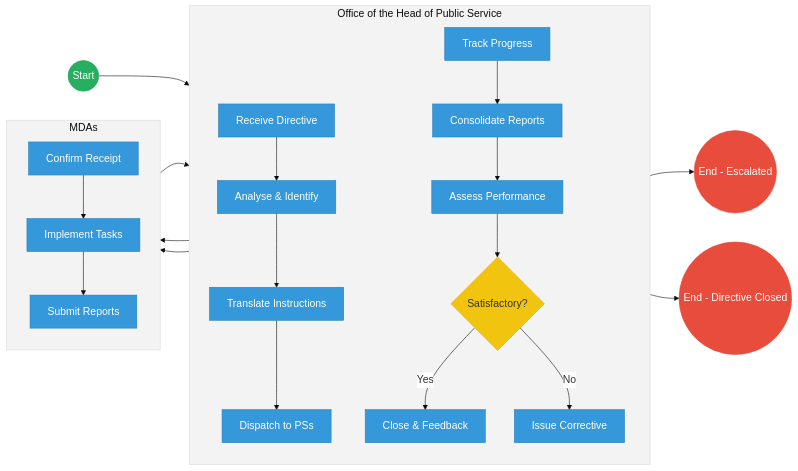
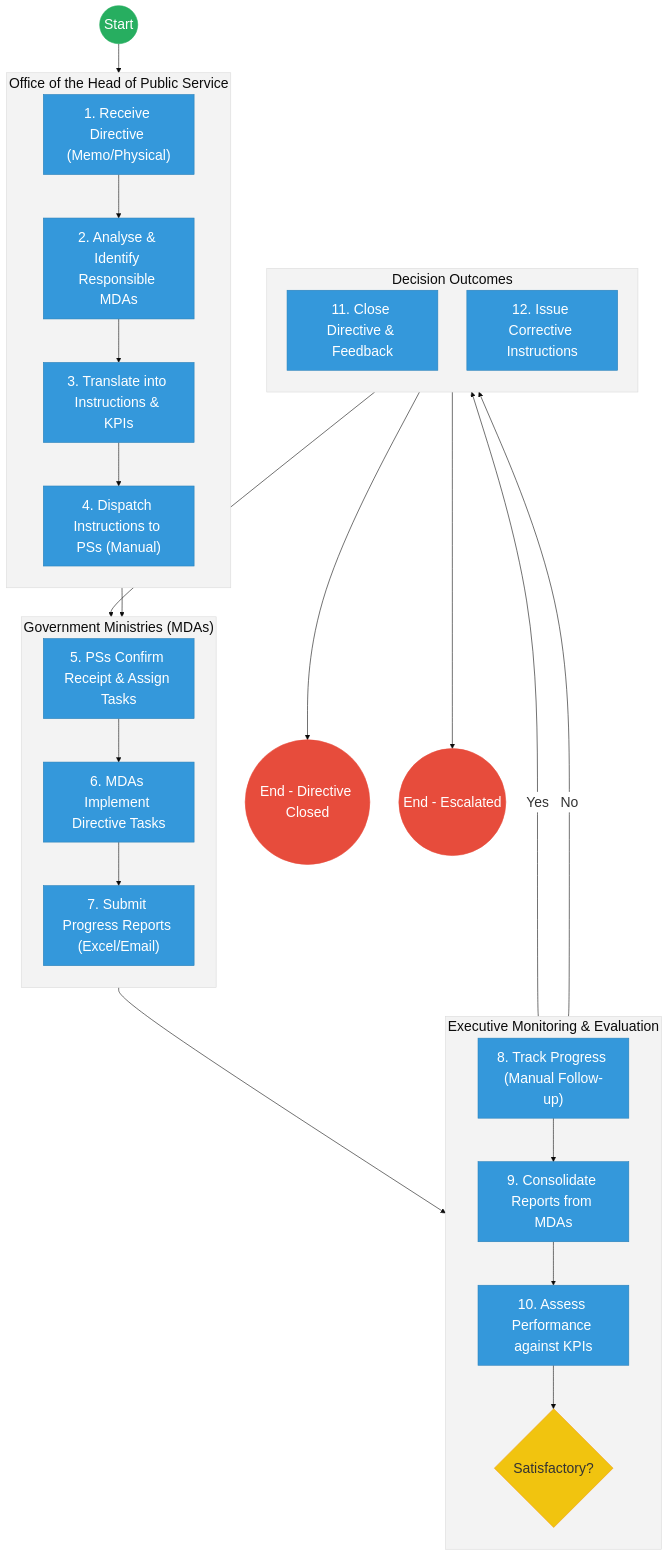
Before and after one commit to BITZ-IT-Consulting-LTD/ictapoc: the first of 2 diagrams in mdas/docs_final/priority_mdas/Office_of_the_Chief_of_Staff___Service_Delivery.md, drawn with Mermaid. The commit also changed other lines of this file and 196 other files, not shown here.

````diff
--- a/mdas/docs_final/priority_mdas/Office_of_the_Chief_of_Staff___Service_Delivery.md
+++ b/mdas/docs_final/priority_mdas/Office_of_the_Chief_of_Staff___Service_Delivery.md
@@ -24,62 +24,70 @@
 ```mermaid
-%%{init: { 'theme': 'base', 'themeVariables': { 'fontSize': '18px', 'fontFamily': 'Inter, system-ui, sans-serif', 'primaryColor': '#ffffff', 'edgeLabelBackground':'#ffffff', 'tertiaryColor': '#f3f3f3', 'mainBkg': '#ffffff', 'nodeBorder': '#333333' } } }%%
-flowchart LR
+%%{init: { 'theme': 'base', 'themeVariables': { 'fontSize': '24px', 'fontFamily': 'Inter, system-ui, sans-serif', 'primaryColor': '#ffffff', 'edgeLabelBackground':'#ffffff', 'tertiaryColor': '#f3f3f3', 'mainBkg': '#ffffff', 'nodeBorder': '#333333' } } }%%
+flowchart TD
     %% Events
     Start((Start))
     EndClose(("End - Directive Closed"))
     EndEscalate(("End - Escalated"))
 
     subgraph OHPS["Office of the Head of Public Service"]
         direction TB
-        ReceiveDir["Receive Directive"]
-        AnalyzeDir["Analyse & Identify"]
-        TranslateDir["Translate Instructions"]
-        DispatchInst["Dispatch to PSs"]
-        TrackImpl["Track Progress"]
-        Consolidate["Consolidate Reports"]
-        AssessPerf["Assess Performance"]
-        EvalGateway{Satisfactory?}
-        CloseFeed["Close & Feedback"]
-        IssueCorr["Issue Corrective"]
+        ReceiveDir["1. Receive Directive (Memo/Physical)"]
+        AnalyzeDir["2. Analyse & Identify Responsible MDAs"]
+        TranslateDir["3. Translate into Instructions & KPIs"]
+        DispatchInst["4. Dispatch Instructions to PSs (Manual)"]
     end
 
-    subgraph MDAs [MDAs]
+    subgraph MDAs ["Government Ministries (MDAs)"]
         direction TB
-        ConfirmRec["Confirm Receipt"]
-        ImplDir["Implement Tasks"]
-        SubProg["Submit Reports"]
+        ConfirmRec["5. PSs Confirm Receipt & Assign Tasks"]
+        ImplDir["6. MDAs Implement Directive Tasks"]
+        SubProg["7. Submit Progress Reports (Excel/Email)"]
+    end
+
+    subgraph Monitoring ["Executive Monitoring & Evaluation"]
+        direction TB
+        TrackImpl["8. Track Progress (Manual Follow-up)"]
+        Consolidate["9. Consolidate Reports from MDAs"]
+        AssessPerf["10. Assess Performance against KPIs"]
+        EvalGateway{Satisfactory?}
+    end
+
+    subgraph Outcomes ["Decision Outcomes"]
+        direction TB
+        CloseFeed["11. Close Directive & Feedback"]
+        IssueCorr["12. Issue Corrective Instructions"]
     end
 
     %% Flow connections
     Start --> ReceiveDir
     ReceiveDir --> AnalyzeDir
     AnalyzeDir --> TranslateDir
     TranslateDir --> DispatchInst
     
     DispatchInst --> ConfirmRec
     ConfirmRec --> ImplDir
     ImplDir --> SubProg
     
     SubProg --> TrackImpl
     TrackImpl --> Consolidate
     Consolidate --> AssessPerf
     AssessPerf --> EvalGateway
     
     EvalGateway -- "Yes" --> CloseFeed
     EvalGateway -- "No" --> IssueCorr
     
     IssueCorr --> ImplDir
     IssueCorr --> EndEscalate
     CloseFeed --> EndClose
 
     %% Styling
-    classDef startEvent fill:#27ae60,stroke:#27ae60,color:#fff;
-    classDef endEvent fill:#e74c3c,stroke:#e74c3c,color:#fff;
-    classDef userTask fill:#3498db,stroke:#2980b9,color:#fff;
-    classDef gateway fill:#f1c40f,stroke:#f39c12,color:#333;
+    classDef startEvent fill:#27ae60,stroke:#27ae60,color:#fff,font-size:24px,font-size:24px,font-size:24px;;
+    classDef endEvent fill:#e74c3c,stroke:#e74c3c,color:#fff,font-size:24px,font-size:24px,font-size:24px;;
+    classDef userTask fill:#3498db,stroke:#2980b9,color:#fff,font-size:24px,font-size:24px,font-size:24px;;
+    classDef gateway fill:#f1c40f,stroke:#f39c12,color:#333,font-size:24px,font-size:24px,font-size:24px;;
     
     class Start startEvent;
     class EndClose,EndEscalate endEvent;
     class EvalGateway gateway;
     class ReceiveDir,AnalyzeDir,TranslateDir,DispatchInst,TrackImpl,Consolidate,AssessPerf,CloseFeed,IssueCorr,ConfirmRec,ImplDir,SubProg userTask;
 ```
````
